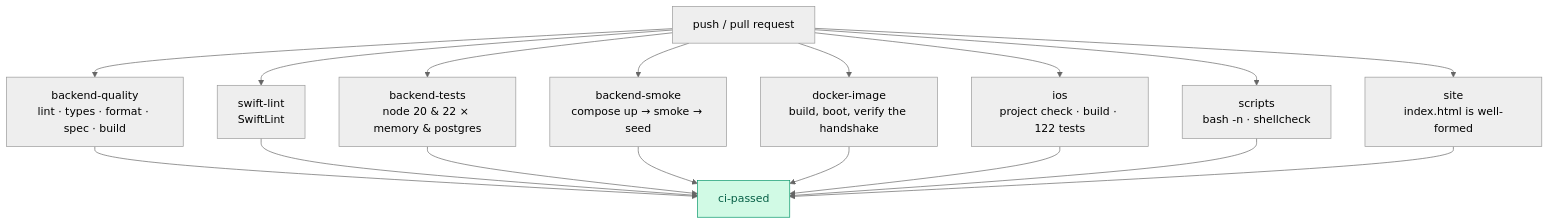
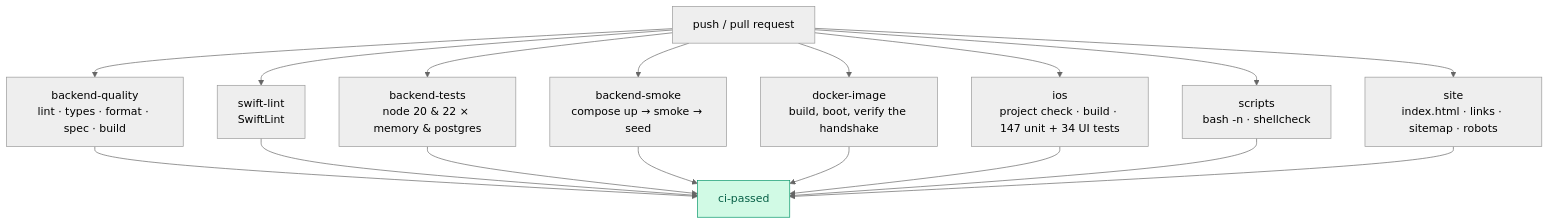
One commit to hoangsonww/Flappy-Bird-Game changed the first of 2 diagrams in docs/CI-CD.md. Above: the diagram before and after it, drawn with Mermaid (neutral theme). The commit also changed other lines of this file and 36 other files, not shown here.

First line of the commit message:
chore: polish the project site and developer workflows

````diff
--- a/docs/CI-CD.md
+++ b/docs/CI-CD.md
@@ -14,24 +14,24 @@
 ```mermaid
 flowchart TB
     Push["push / pull request"]
 
     Push --> BQ["backend-quality<br/>lint · types · format · spec · build"]
     Push --> BT["backend-tests<br/>node 20 & 22 × memory & postgres"]
     Push --> BS["backend-smoke<br/>compose up → smoke → seed"]
     Push --> DI["docker-image<br/>build, boot, verify the handshake"]
-    Push --> IOS["ios<br/>project check · build · 122 tests"]
+    Push --> IOS["ios<br/>project check · build · 147 unit + 34 UI tests"]
     Push --> SL["swift-lint<br/>SwiftLint"]
     Push --> SC["scripts<br/>bash -n · shellcheck"]
-    Push --> ST["site<br/>index.html is well-formed"]
+    Push --> ST["site<br/>index.html · links · sitemap · robots"]
 
     BQ --> Gate["ci-passed"]
     SL --> Gate
     BT --> Gate
     BS --> Gate
     DI --> Gate
     IOS --> Gate
     SC --> Gate
     ST --> Gate
 
     style Gate fill:#d1fae5,stroke:#059669,color:#065f46
 ```
````
